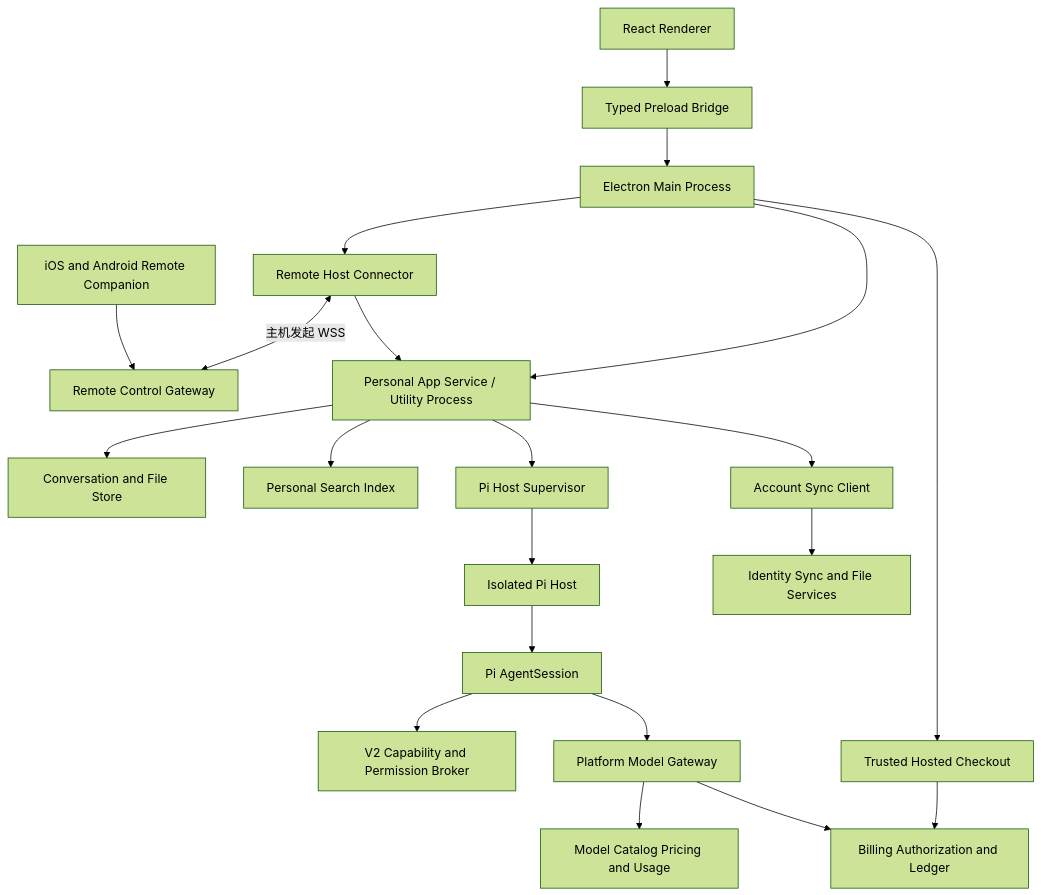
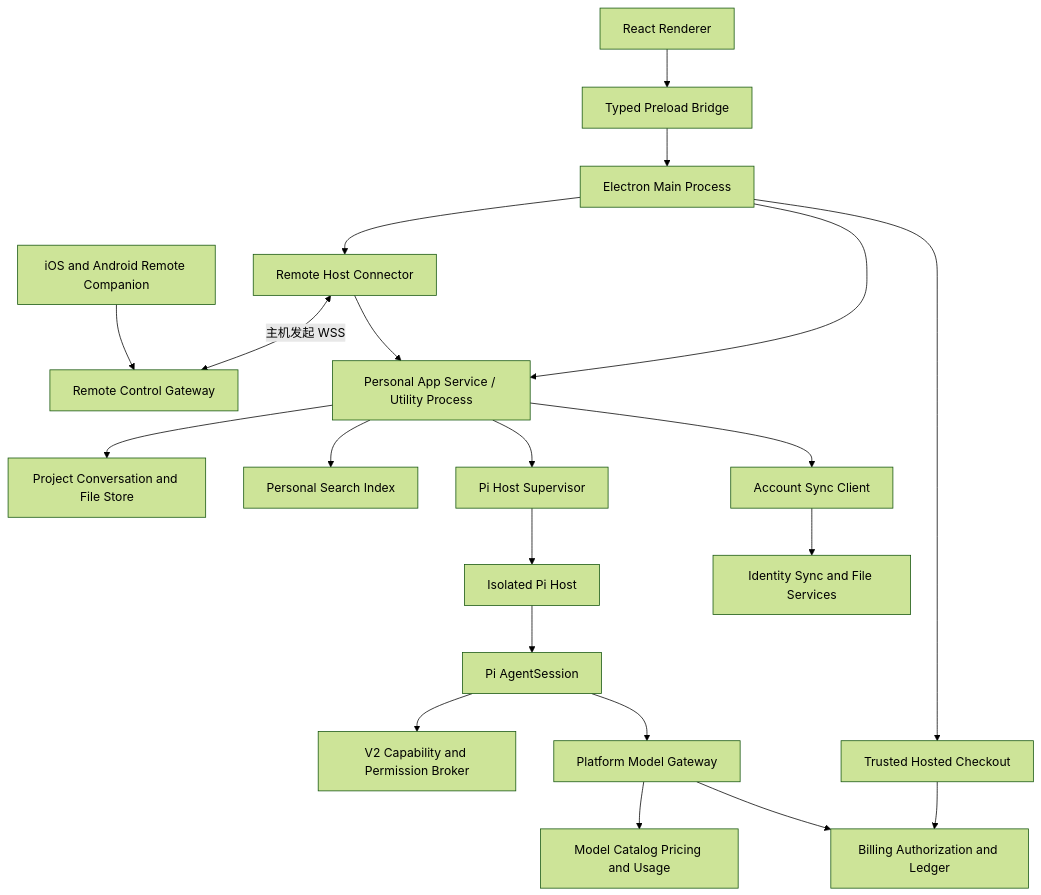
Before and after one commit to openerserver/openerx: the diagram in docs/v2/05-platform-and-pi-contract.md, drawn with Mermaid (forest theme). The commit also changed other lines of this file and 85 other files, not shown here.

````diff
--- a/docs/v2/05-platform-and-pi-contract.md
+++ b/docs/v2/05-platform-and-pi-contract.md
@@ -24,23 +25,23 @@
 ```mermaid
 flowchart TD
   MOBILE[iOS and Android Remote Companion] --> RELAY[Remote Control Gateway]
   MAIN --> CONNECTOR[Remote Host Connector]
   CONNECTOR <-->|"主机发起 WSS"| RELAY
   CONNECTOR --> APP
   UI[React Renderer] --> PRELOAD[Typed Preload Bridge]
   PRELOAD --> MAIN[Electron Main Process]
   MAIN --> APP[Personal App Service / Utility Process]
-  APP --> STORE[Conversation and File Store]
+  APP --> STORE[Project Conversation and File Store]
   APP --> SEARCH[Personal Search Index]
   APP --> SUPERVISOR[Pi Host Supervisor]
   SUPERVISOR --> HOST[Isolated Pi Host]
   HOST --> PI[Pi AgentSession]
   PI --> TOOLS[V2 Capability and Permission Broker]
   APP --> SYNC[Account Sync Client]
   SYNC --> CLOUD[Identity Sync and File Services]
   PI --> MODEL[Platform Model Gateway]
   MODEL --> CATALOG[Model Catalog Pricing and Usage]
   MODEL --> BILLING[Billing Authorization and Ledger]
   MAIN --> CHECKOUT[Trusted Hosted Checkout]
   CHECKOUT --> BILLING
 ```
````
